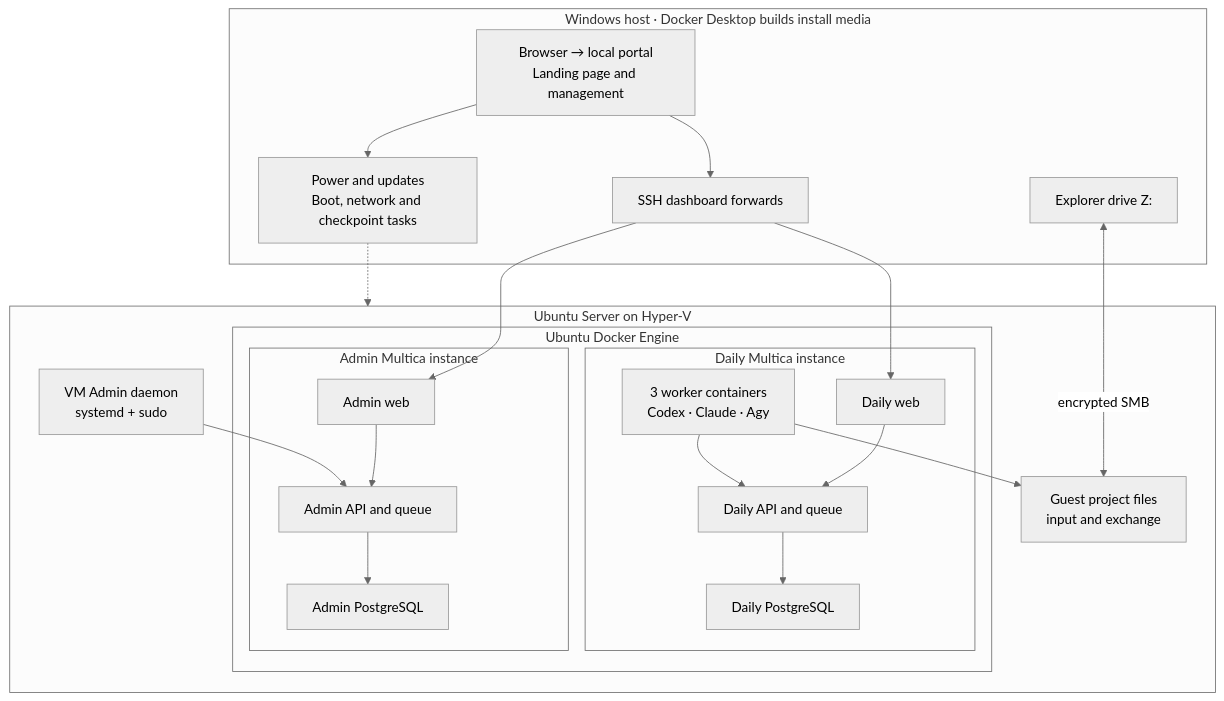
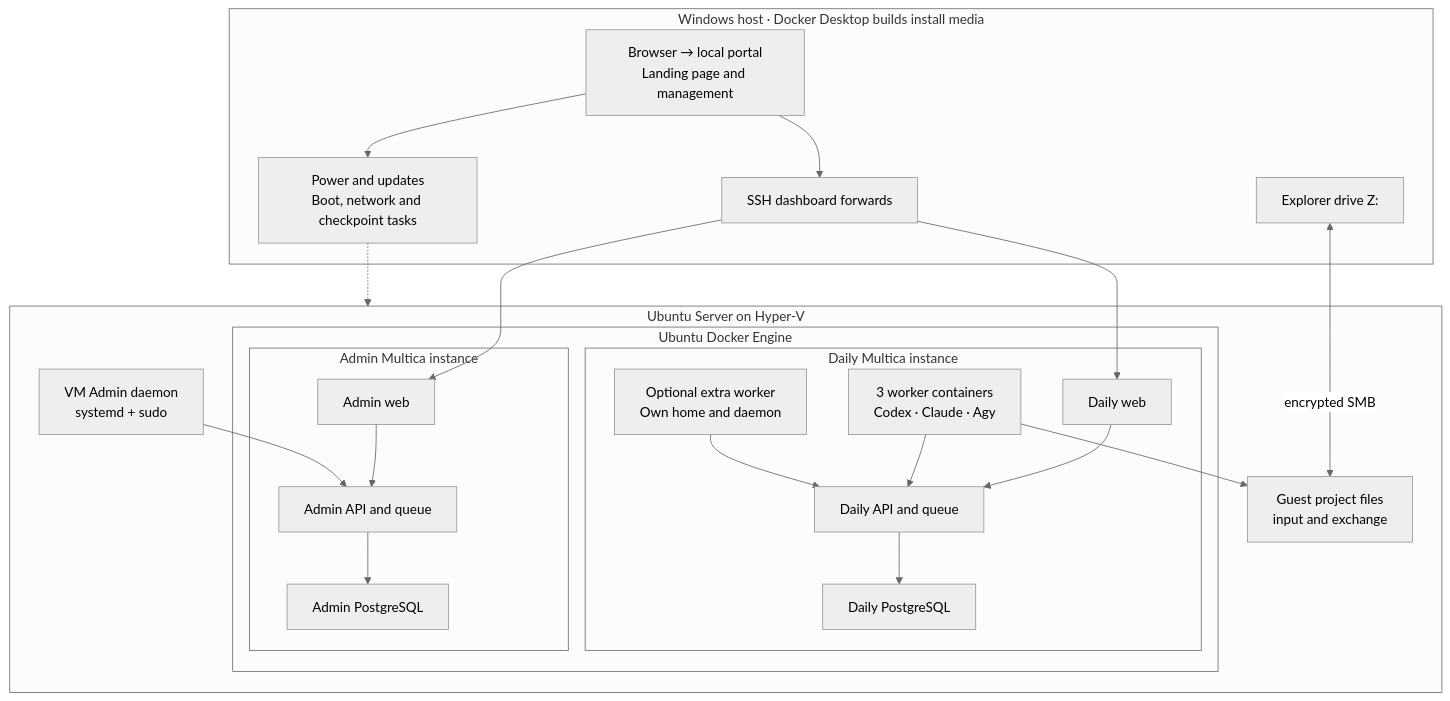
Before and after one commit to bhill298/multica-local-ops: the diagram in README.md, drawn with Mermaid (neutral theme). The commit also changed other lines of this file and 14 other files, not shown here.

Commit message:
Add optional worker containers and agent inventory

````diff
--- a/README.md
+++ b/README.md
@@ -50,27 +50,28 @@
 ```mermaid
 flowchart TB
     subgraph win["Windows host · Docker Desktop builds install media"]
         portal["Browser → local portal<br/>Landing page and management"]
         portal --> relay["SSH dashboard forwards"]
         portal --> power["Power and updates<br/>Boot, network and checkpoint tasks"]
         drive["Explorer drive Z:"]
     end
     subgraph vm["Ubuntu Server on Hyper-V"]
         subgraph engine["Ubuntu Docker Engine"]
             subgraph daily["Daily Multica instance"]
                 dw["Daily web"] --> da["Daily API and queue"] --> db["Daily PostgreSQL"]
                 workers["3 worker containers<br/>Codex · Claude · Agy"] --> da
+                extra["Optional extra worker<br/>Own home and daemon"] --> da
             end
             subgraph admin["Admin Multica instance"]
                 aw["Admin web"] --> aa["Admin API and queue"] --> ab["Admin PostgreSQL"]
             end
         end
         root["VM Admin daemon<br/>systemd + sudo"] --> aa
         files["Guest project files<br/>input and exchange"]
         workers --> files
     end
     relay --> dw
     relay --> aw
     power -.-> vm
     drive <-->|encrypted SMB| files
 ```
````
